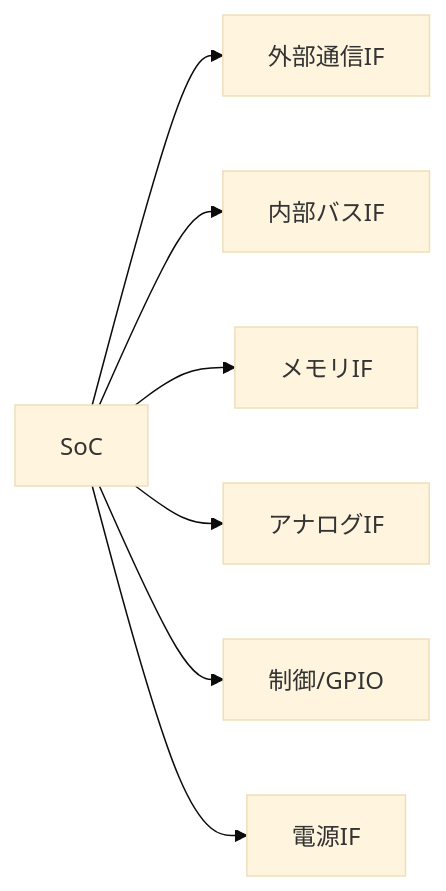
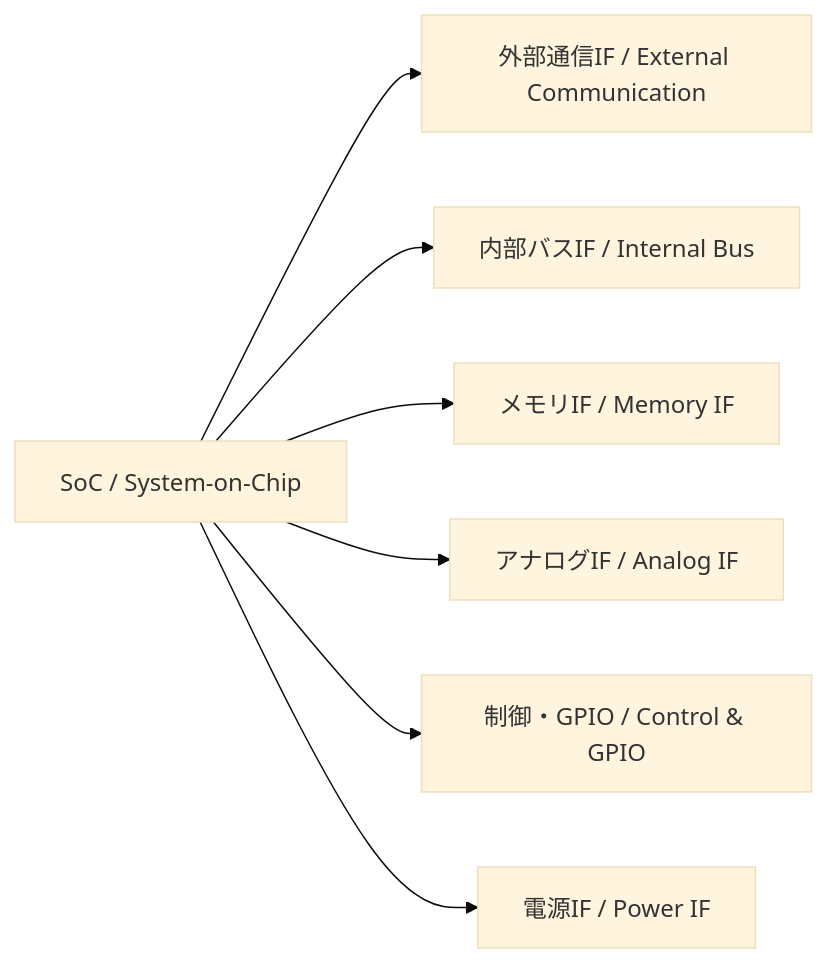
The diagram in chapter5a_spec_module_if/README.md (Samizo-AITL/Edusemi-v4x), drawn with Mermaid (base theme) before and after one commit. The commit also changed other lines of this file, not shown here.

````diff
--- a/chapter5a_spec_module_if/README.md
+++ b/chapter5a_spec_module_if/README.md
@@ -90,10 +88,10 @@
 ```mermaid
 flowchart LR
-    A[SoC]
-    A --> B[外部通信IF]
-    A --> C[内部バスIF]
-    A --> D[メモリIF]
-    A --> E[アナログIF]
-    A --> F[制御/GPIO]
-    A --> G[電源IF]
+    A[SoC / System-on-Chip]
+    A --> B[外部通信IF / External Communication]
+    A --> C[内部バスIF / Internal Bus]
+    A --> D[メモリIF / Memory IF]
+    A --> E[アナログIF / Analog IF]
+    A --> F[制御・GPIO / Control & GPIO]
+    A --> G[電源IF / Power IF]
 ```
````
